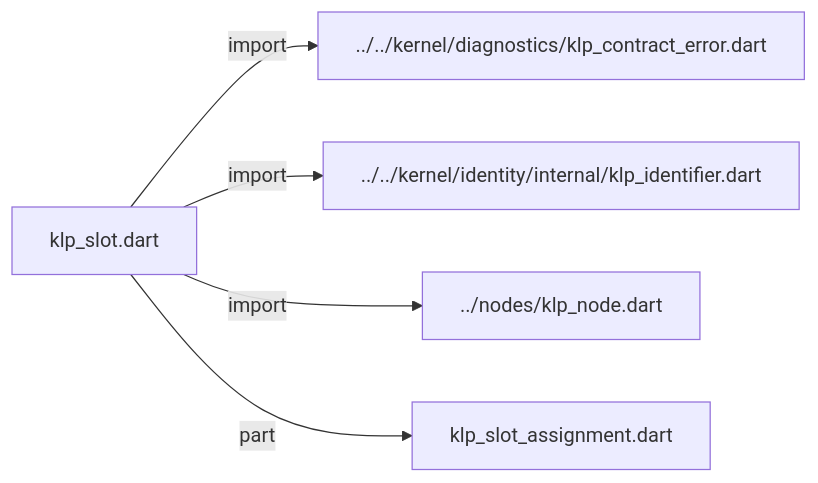
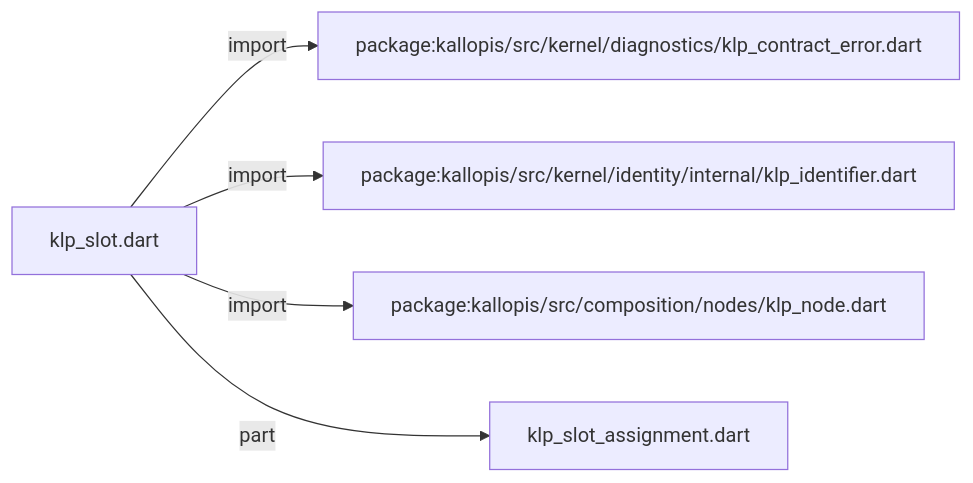
Before and after one commit to MiuDog/Kallopis: the first of 2 diagrams in docs/architecture/src/composition/slots/klp_slot.md, drawn with Mermaid. The commit also changed other lines of this file and 9688 other files, not shown here.

Commit message:
Prepare isolated Flow F2 peer baseline

````diff
--- a/docs/architecture/src/composition/slots/klp_slot.md
+++ b/docs/architecture/src/composition/slots/klp_slot.md
@@ -11,12 +11,12 @@
 ```mermaid
 flowchart LR
 	n0["klp_slot.dart"]
-	n1["../../kernel/diagnostics/klp_contract_error.dart"]
-	n2["../../kernel/identity/internal/klp_identifier.dart"]
-	n3["../nodes/klp_node.dart"]
+	n1["package:kallopis/src/kernel/diagnostics/klp_contract_error.dart"]
+	n2["package:kallopis/src/kernel/identity/internal/klp_identifier.dart"]
+	n3["package:kallopis/src/composition/nodes/klp_node.dart"]
 	n4["klp_slot_assignment.dart"]
 	n0 -->|"import"| n1
 	n0 -->|"import"| n2
 	n0 -->|"import"| n3
 	n0 -->|"part"| n4
 ```
````
